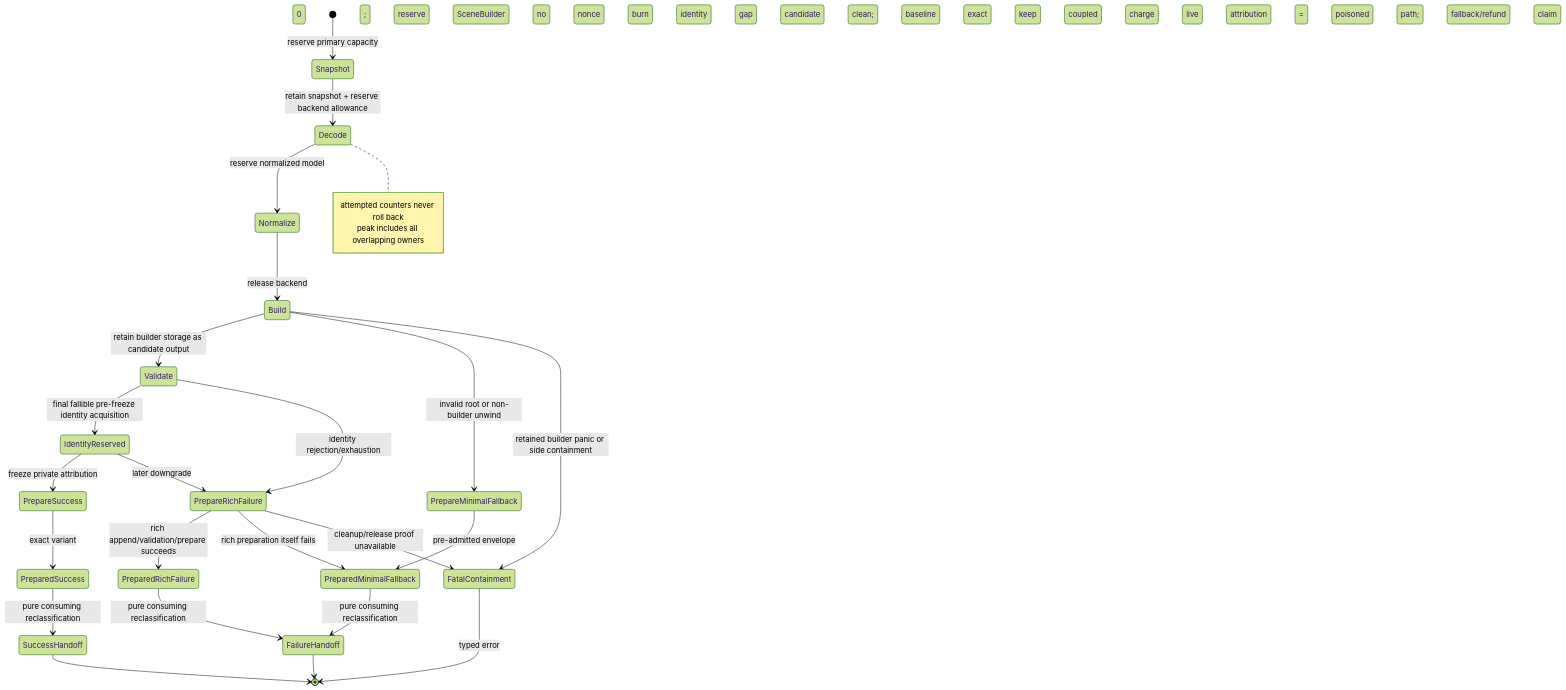
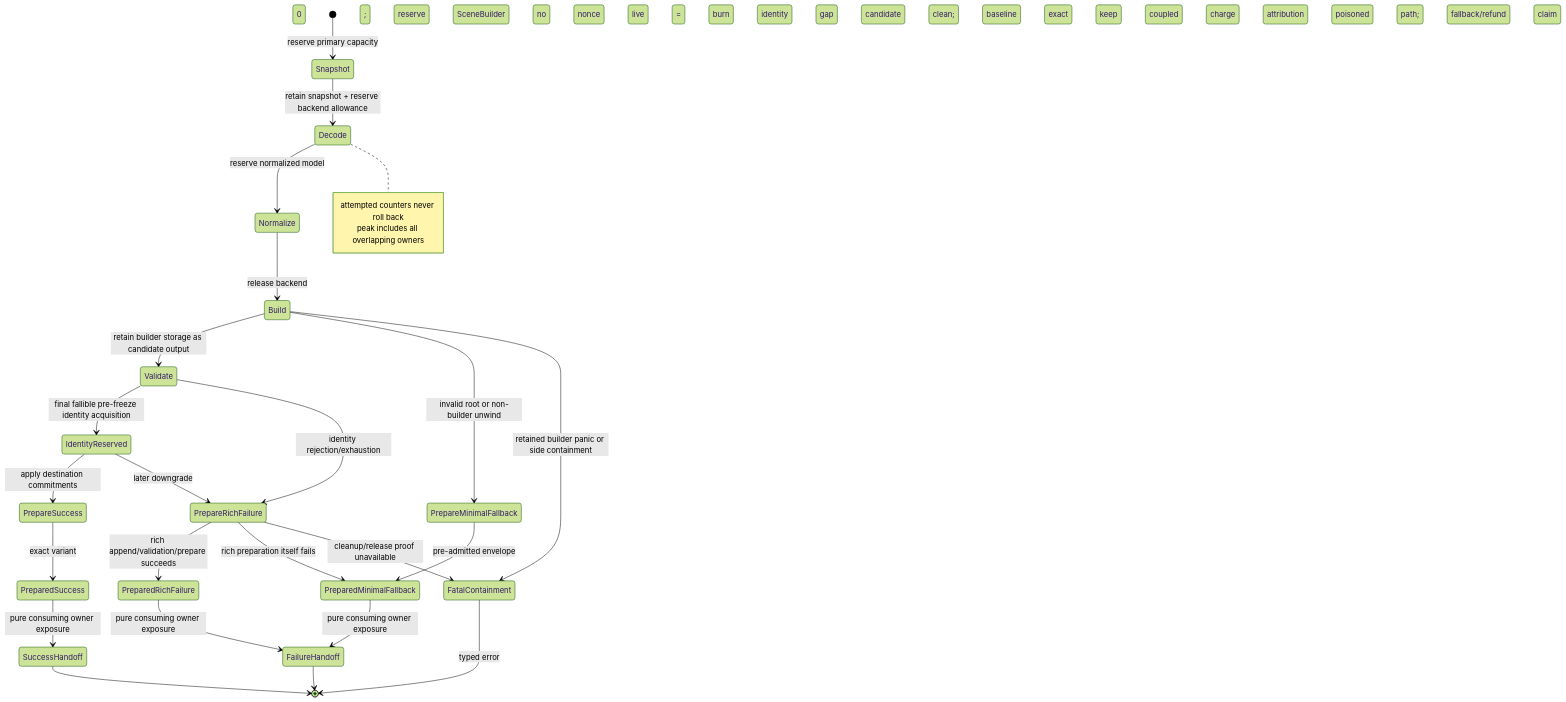
The diagram in docs/adr/0022-per-import-resource-ledger-and-budget-accounting.md (Latias94/baozi), drawn with Mermaid (forest theme) before and after one commit. The commit also changed other lines of this file and 14 other files, not shown here.

First line of the commit message:
docs(architecture): align retained publication contracts

````diff
--- a/docs/adr/0022-per-import-resource-ledger-and-budget-accounting.md
+++ b/docs/adr/0022-per-import-resource-ledger-and-budget-accounting.md
@@ -478,29 +504,29 @@
 ```mermaid
 stateDiagram-v2
     [*] --> Snapshot: reserve primary capacity
     Snapshot --> Decode: retain snapshot + reserve backend allowance
     Decode --> Normalize: reserve normalized model
     Normalize --> Build: release backend; reserve SceneBuilder
     Build --> Validate: retain builder storage as candidate output
     Validate --> IdentityReserved: final fallible pre-freeze identity acquisition
     Validate --> PrepareRichFailure: identity rejection/exhaustion; no nonce
-    IdentityReserved --> PrepareSuccess: freeze private attribution
+    IdentityReserved --> PrepareSuccess: apply destination commitments; live = 0
     IdentityReserved --> PrepareRichFailure: later downgrade; burn identity gap
     Build --> PrepareMinimalFallback: invalid root or non-builder unwind; candidate clean; baseline exact
     Build --> FatalContainment: retained builder panic or side containment; keep coupled charge
     PrepareSuccess --> PreparedSuccess: exact variant; live attribution = 0
     PrepareRichFailure --> PreparedRichFailure: rich append/validation/prepare succeeds
     PrepareRichFailure --> PreparedMinimalFallback: rich preparation itself fails
     PrepareRichFailure --> FatalContainment: cleanup/release proof unavailable
     PrepareMinimalFallback --> PreparedMinimalFallback: pre-admitted envelope
-    PreparedSuccess --> SuccessHandoff: pure consuming reclassification
-    PreparedRichFailure --> FailureHandoff: pure consuming reclassification
-    PreparedMinimalFallback --> FailureHandoff: pure consuming reclassification
+    PreparedSuccess --> SuccessHandoff: pure consuming owner exposure
+    PreparedRichFailure --> FailureHandoff: pure consuming owner exposure
+    PreparedMinimalFallback --> FailureHandoff: pure consuming owner exposure
     SuccessHandoff --> [*]
     FailureHandoff --> [*]
     FatalContainment --> [*]: typed error; poisoned path; no fallback/refund claim
     note right of Decode
       attempted counters never roll back
       peak includes all overlapping owners
     end note
 ```
````
